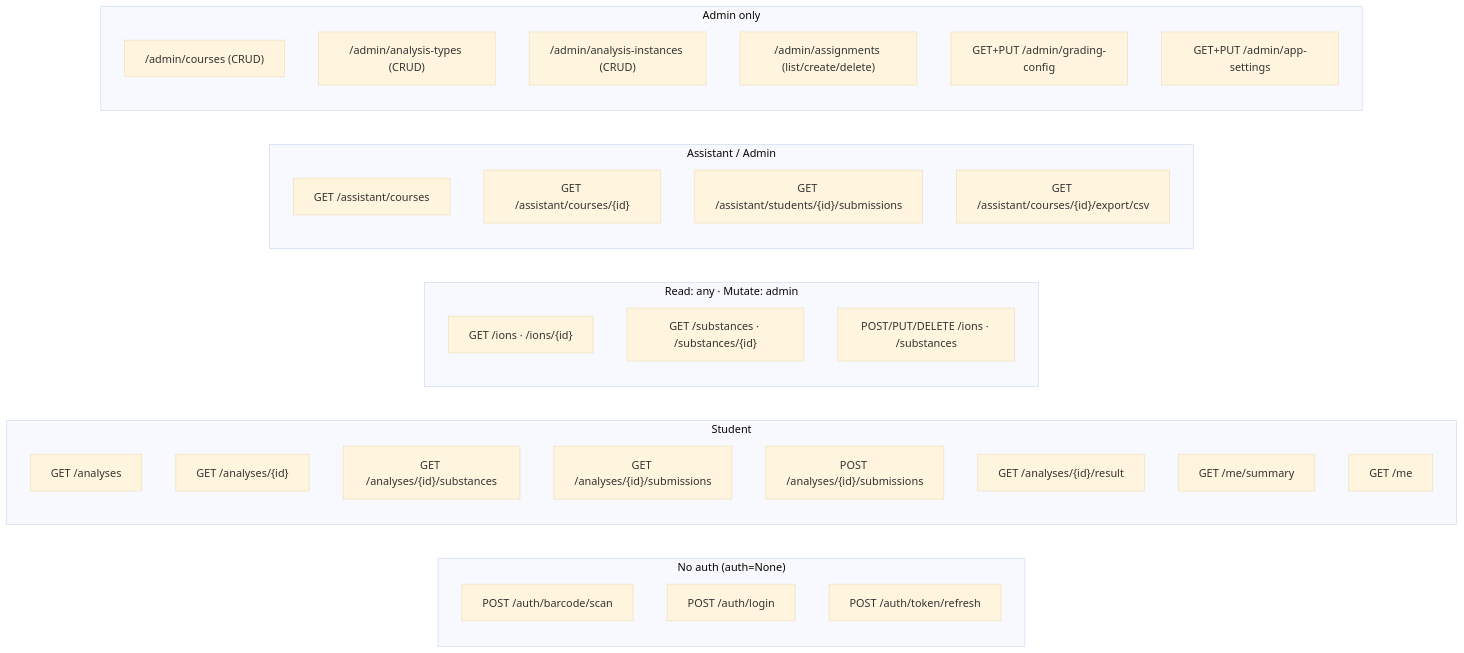
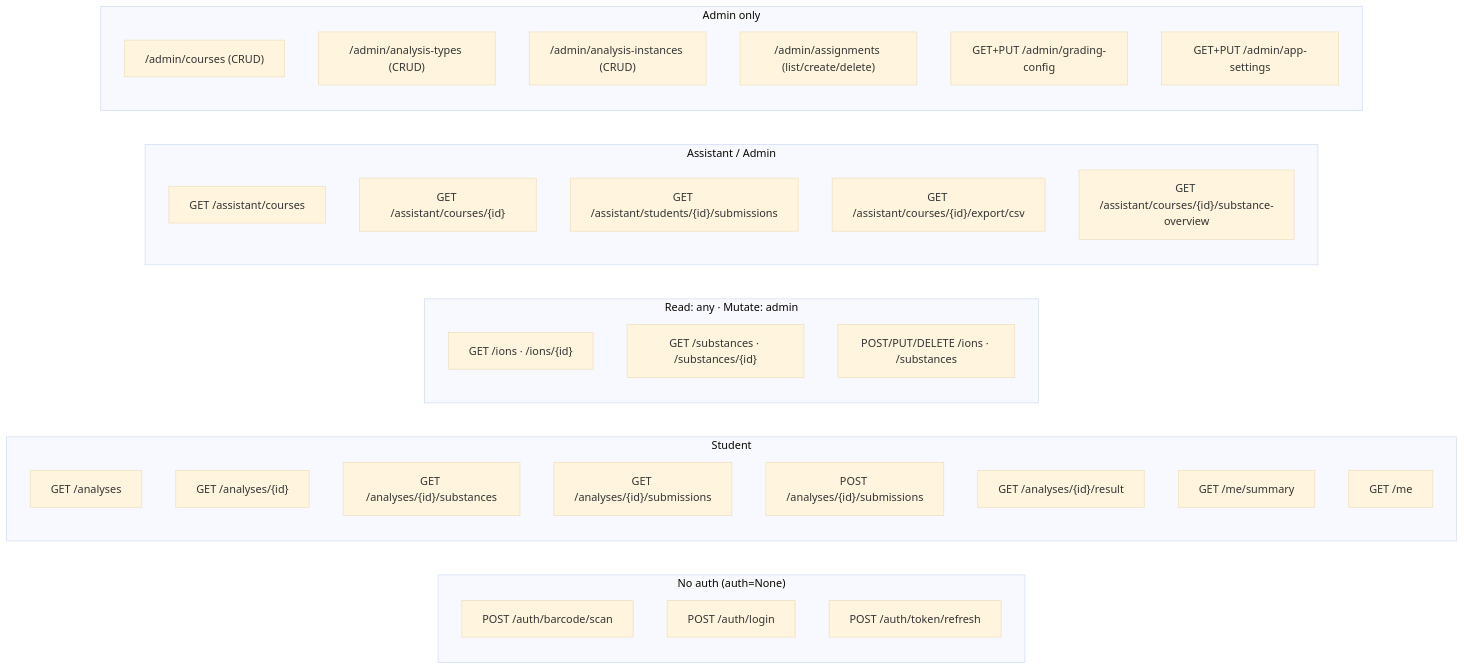
The fifth of 6 diagrams in docs/development/architecture.md (LARA-chemistry/flamecheck), drawn with Mermaid (base theme) before and after one commit. The commit also changed other lines of this file and 24 other files, not shown here.

````diff
--- a/docs/development/architecture.md
+++ b/docs/development/architecture.md
@@ -454,37 +464,38 @@
 ```mermaid
 flowchart LR
     subgraph Public["No auth (auth=None)"]
         P1["POST /auth/barcode/scan"]
         P2["POST /auth/login"]
         P3["POST /auth/token/refresh"]
     end
     subgraph Student["Student"]
         S1["GET /analyses"]
         S2["GET /analyses/{id}"]
         S3["GET /analyses/{id}/substances"]
         S4["GET /analyses/{id}/submissions"]
         S5["POST /analyses/{id}/submissions"]
         S6["GET /analyses/{id}/result"]
         S7["GET /me/summary"]
         S8["GET /me"]
     end
     subgraph Substances["Read: any · Mutate: admin"]
         C1["GET /ions · /ions/{id}"]
         C2["GET /substances · /substances/{id}"]
         C3["POST/PUT/DELETE /ions · /substances"]
     end
     subgraph Assistant["Assistant / Admin"]
         A1["GET /assistant/courses"]
         A2["GET /assistant/courses/{id}"]
         A3["GET /assistant/students/{id}/submissions"]
         A4["GET /assistant/courses/{id}/export/csv"]
+        A5["GET /assistant/courses/{id}/substance-overview"]
     end
     subgraph Admin["Admin only"]
         M1["/admin/courses (CRUD)"]
         M2["/admin/analysis-types (CRUD)"]
         M3["/admin/analysis-instances (CRUD)"]
         M4["/admin/assignments (list/create/delete)"]
         M5["GET+PUT /admin/grading-config"]
         M6["GET+PUT /admin/app-settings"]
     end
 ```
````
